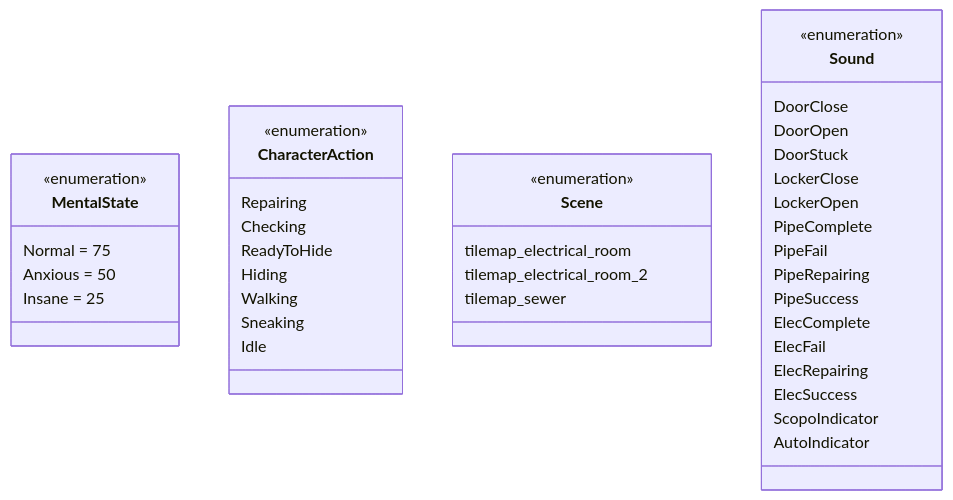
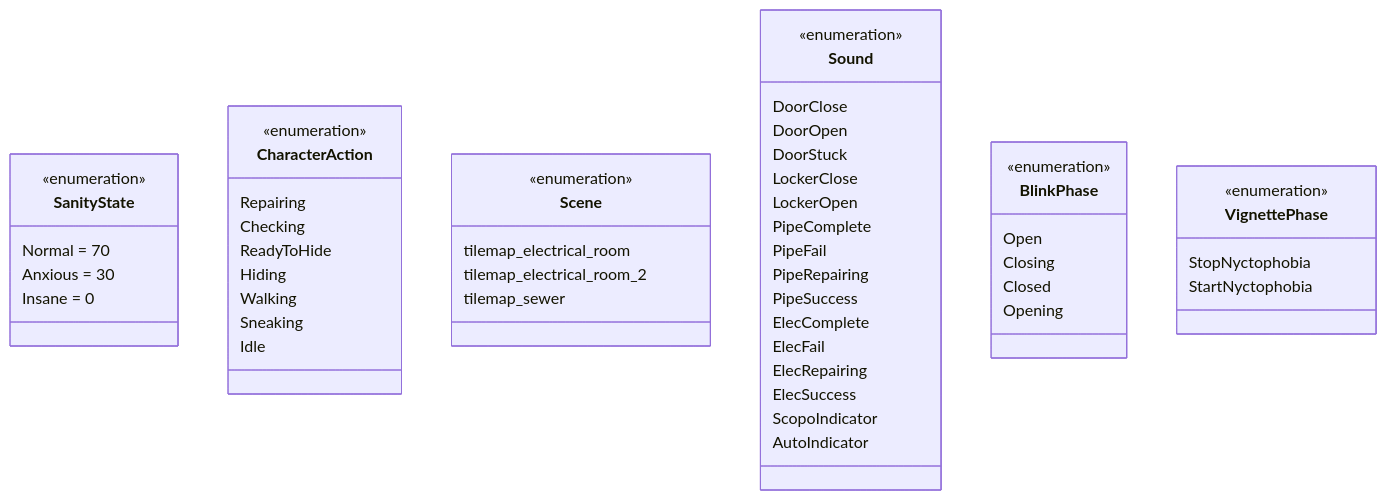
The sixth of 6 diagrams in docs/03_Software/02-class-diagram.md (Sambopukkazz/DG225_CoreX), drawn with Mermaid before and after one commit. The commit also changed other lines of this file and 26 other files, not shown here.

````diff
--- a/docs/03_Software/02-class-diagram.md
+++ b/docs/03_Software/02-class-diagram.md
@@ -223,43 +461,55 @@
 ```mermaid
 classDiagram
-    class MentalState {
+    class SanityState {
         <<enumeration>>
-        Normal = 75
-        Anxious = 50
-        Insane = 25
+        Normal = 70
+        Anxious = 30
+        Insane = 0
     }
     class CharacterAction {
         <<enumeration>>
         Repairing
         Checking
         ReadyToHide
         Hiding
         Walking
         Sneaking
         Idle
     }
     class Scene {
         <<enumeration>>
         tilemap_electrical_room
         tilemap_electrical_room_2
         tilemap_sewer
     }
     class Sound {
         <<enumeration>>
         DoorClose
         DoorOpen
         DoorStuck
         LockerClose
         LockerOpen
         PipeComplete
         PipeFail
         PipeRepairing
         PipeSuccess
         ElecComplete
         ElecFail
         ElecRepairing
         ElecSuccess
         ScopoIndicator
         AutoIndicator
     }
+    class BlinkPhase {
+        <<enumeration>>
+        Open
+        Closing
+        Closed
+        Opening
+    }
+    class VignettePhase {
+        <<enumeration>>
+        StopNyctophobia
+        StartNyctophobia
+    }
 ```
````
